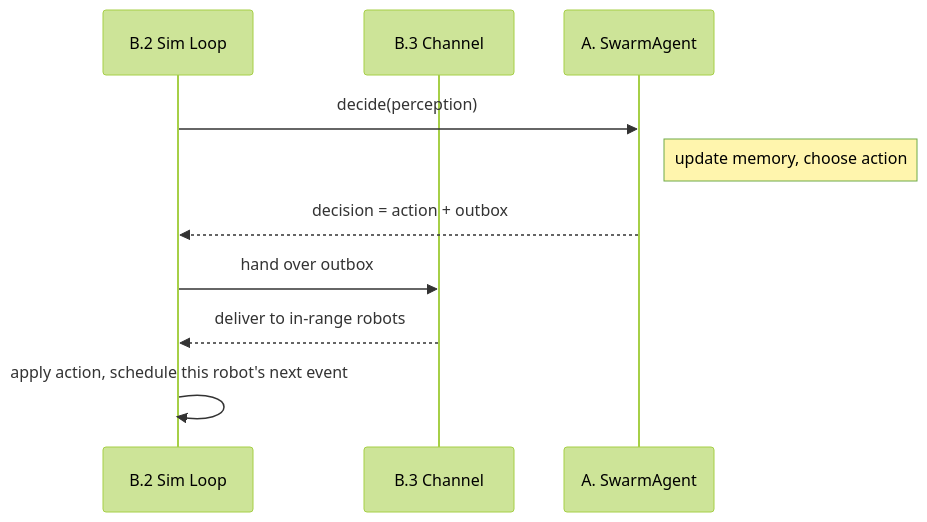
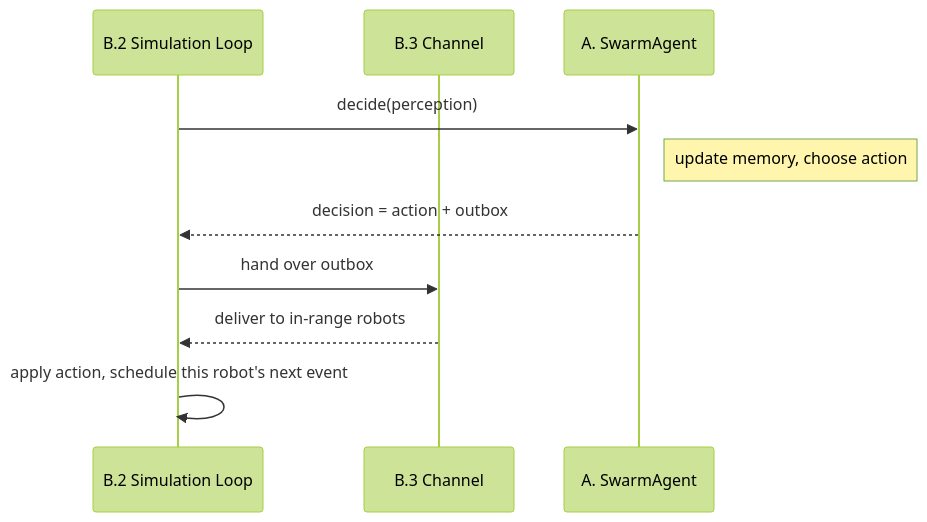
One commit to TychoGrapendaal/JIP_Swarm_Field changed the second of 4 diagrams in docs/system-decomposition.md. Above: the diagram before and after it, drawn with Mermaid (forest theme). The commit also changed other lines of this file and 13 other files, not shown here.

````diff
--- a/docs/system-decomposition.md
+++ b/docs/system-decomposition.md
@@ -372,12 +372,12 @@
 ```mermaid
 sequenceDiagram
-    participant SL as B.2 Sim Loop
+    participant SL as B.2 Simulation Loop
     participant CH as B.3 Channel
     participant AG as A. SwarmAgent
     SL->>AG: decide(perception)
     Note right of AG: update memory, choose action
     AG-->>SL: decision = action + outbox
     SL->>CH: hand over outbox
     CH-->>SL: deliver to in-range robots
     SL->>SL: apply action, schedule this robot's next event
 ```
````
